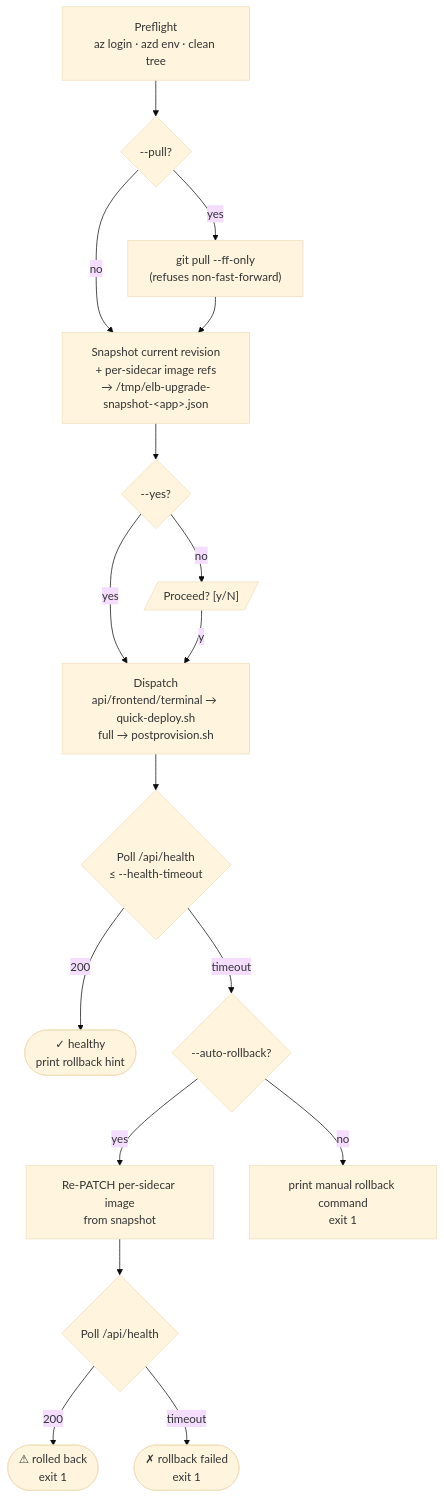
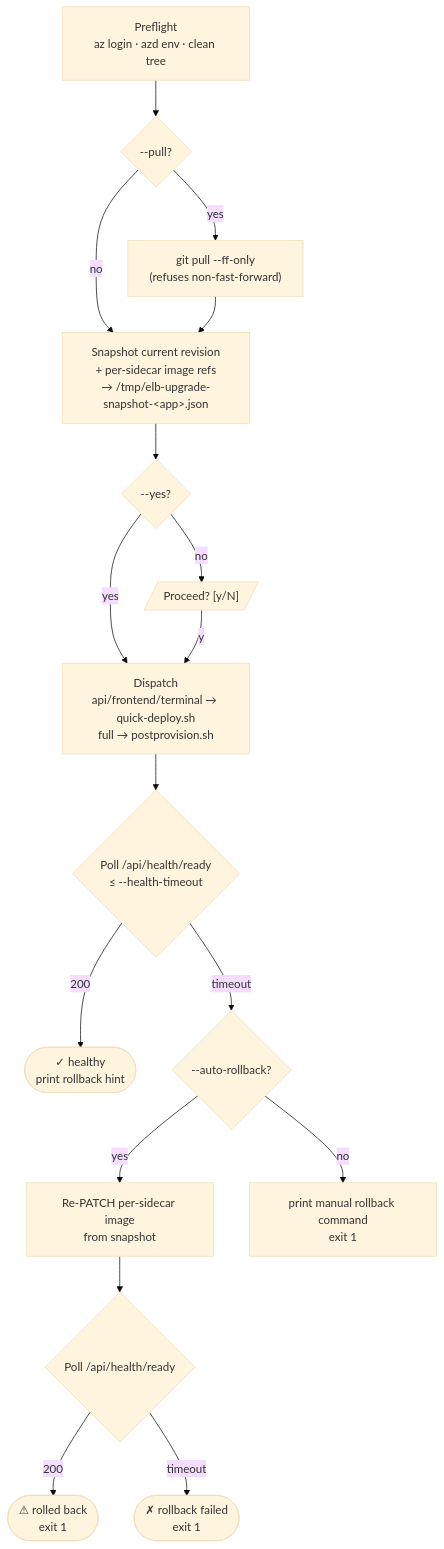
One commit to dotnetpower/elb-dashboard changed the diagram in docs/operate/cli-upgrade.md. Above: the diagram before and after it, drawn with Mermaid. The commit also changed other lines of this file and 1 other file, not shown here.

````diff
--- a/docs/operate/cli-upgrade.md
+++ b/docs/operate/cli-upgrade.md
@@ -109,20 +109,20 @@
 ```mermaid
 %%{init: {"theme": "base"}}%%
 flowchart TD
   preflight["Preflight<br/>az login · azd env · clean tree"] --> pull{"--pull?"}
   pull -- yes --> gp["git pull --ff-only<br/>(refuses non-fast-forward)"]
   pull -- no --> snap
   gp --> snap["Snapshot current revision<br/>+ per-sidecar image refs<br/>→ /tmp/elb-upgrade-snapshot-&lt;app&gt;.json"]
   snap --> confirm{"--yes?"}
   confirm -- no --> ask[/"Proceed? [y/N]"/]
   confirm -- yes --> deploy
   ask -- y --> deploy["Dispatch<br/>api/frontend/terminal → quick-deploy.sh<br/>full → postprovision.sh"]
-  deploy --> health{"Poll /api/health<br/>≤ --health-timeout"}
+  deploy --> health{"Poll /api/health/ready<br/>≤ --health-timeout"}
   health -- 200 --> done(["✓ healthy<br/>print rollback hint"])
   health -- timeout --> ar{"--auto-rollback?"}
   ar -- yes --> restore["Re-PATCH per-sidecar image<br/>from snapshot"]
   ar -- no --> manual["print manual rollback command<br/>exit 1"]
-  restore --> health2{"Poll /api/health"}
+  restore --> health2{"Poll /api/health/ready"}
   health2 -- 200 --> rolled(["⚠ rolled back<br/>exit 1"])
   health2 -- timeout --> dead(["✗ rollback failed<br/>exit 1"])
 ```
````
